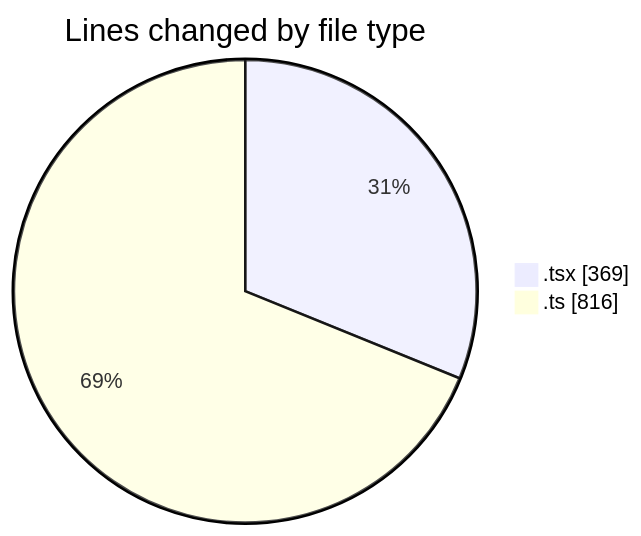
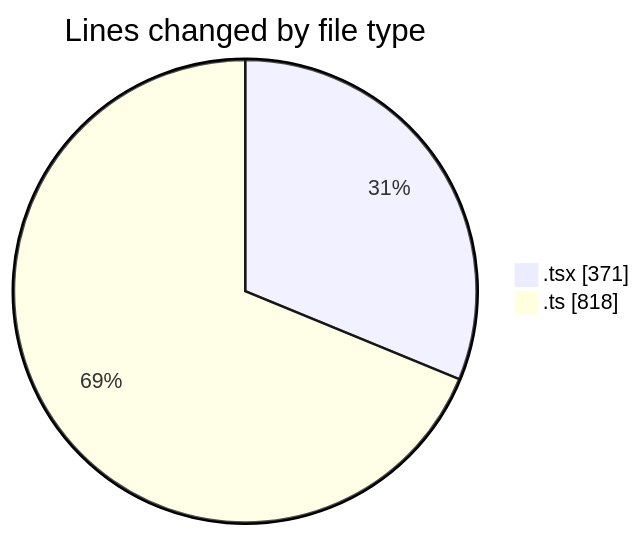
The first of 2 diagrams in 2025-10-20/eventscop-frontend-guide__workspace_/README.md (julien-gomy/code-tracking), drawn with Mermaid before and after one commit. The commit also changed other lines of this file and 1 other file, not shown here.

````diff
--- a/2025-10-20/eventscop-frontend-guide__workspace_/README.md
+++ b/2025-10-20/eventscop-frontend-guide__workspace_/README.md
@@ -30,6 +31,6 @@
 ```mermaid
 pie showData
 title Lines changed by file type
-".tsx" : 369
-".ts" : 816
+".tsx" : 371
+".ts" : 818
 ```
````
